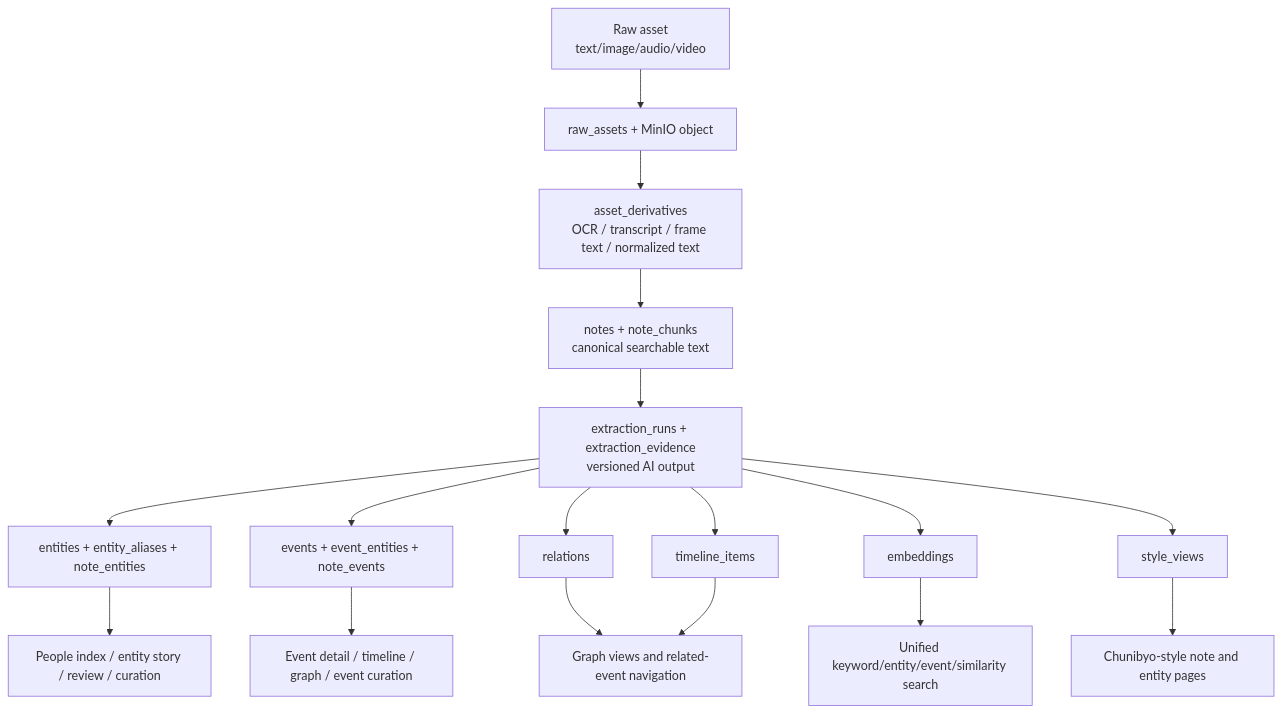
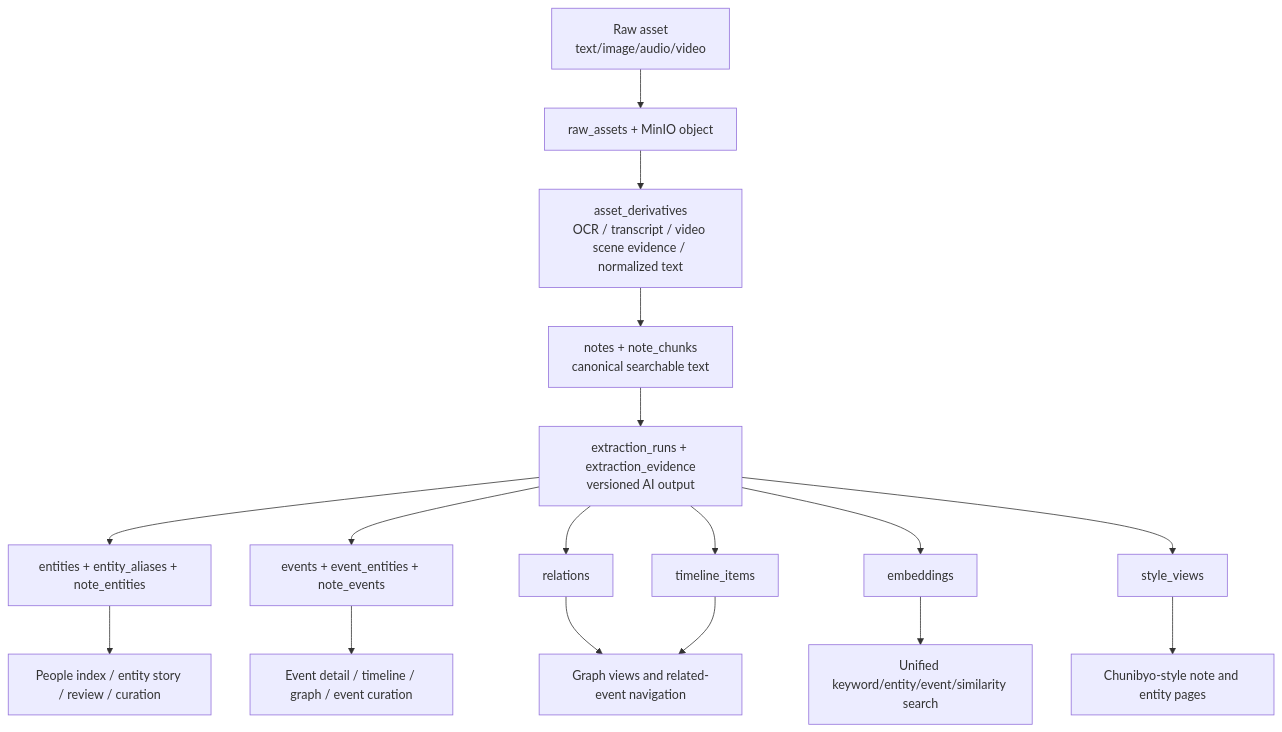
The third of 4 diagrams in docs/current-system-overview.md (cavendishers/-outlawer), drawn with Mermaid before and after one commit. The commit also changed other lines of this file and 9 other files, not shown here.

````diff
--- a/docs/current-system-overview.md
+++ b/docs/current-system-overview.md
@@ -51,19 +51,19 @@
 ```mermaid
 flowchart TD
     Raw["Raw asset<br/>text/image/audio/video"] --> RawStore["raw_assets + MinIO object"]
-    RawStore --> Derivative["asset_derivatives<br/>OCR / transcript / frame text / normalized text"]
+    RawStore --> Derivative["asset_derivatives<br/>OCR / transcript / video scene evidence / normalized text"]
     Derivative --> Note["notes + note_chunks<br/>canonical searchable text"]
     Note --> Extraction["extraction_runs + extraction_evidence<br/>versioned AI output"]
     Extraction --> Entity["entities + entity_aliases + note_entities"]
     Extraction --> Event["events + event_entities + note_events"]
     Extraction --> Relation["relations"]
     Extraction --> Timeline["timeline_items"]
     Extraction --> Embedding["embeddings"]
     Extraction --> Story["style_views"]
     Entity --> Views["People index / entity story / review / curation"]
     Event --> Views2["Event detail / timeline / graph / event curation"]
     Relation --> Graph["Graph views and related-event navigation"]
     Timeline --> Graph
     Embedding --> Search["Unified keyword/entity/event/similarity search"]
     Story --> StoryViews["Chunibyo-style note and entity pages"]
 ```
````
